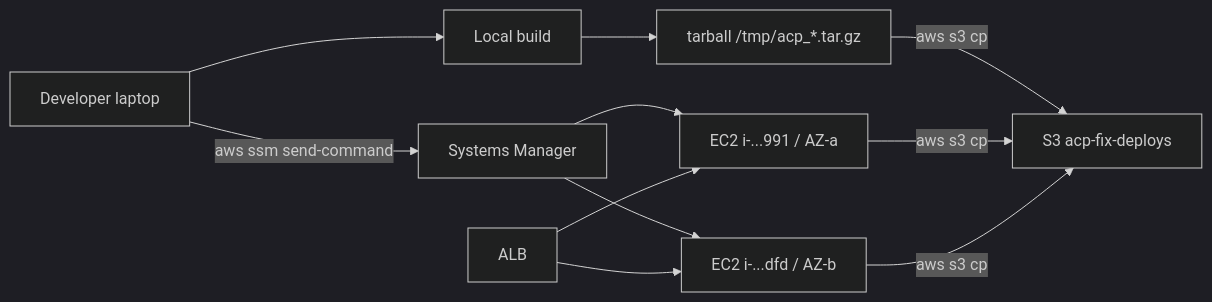
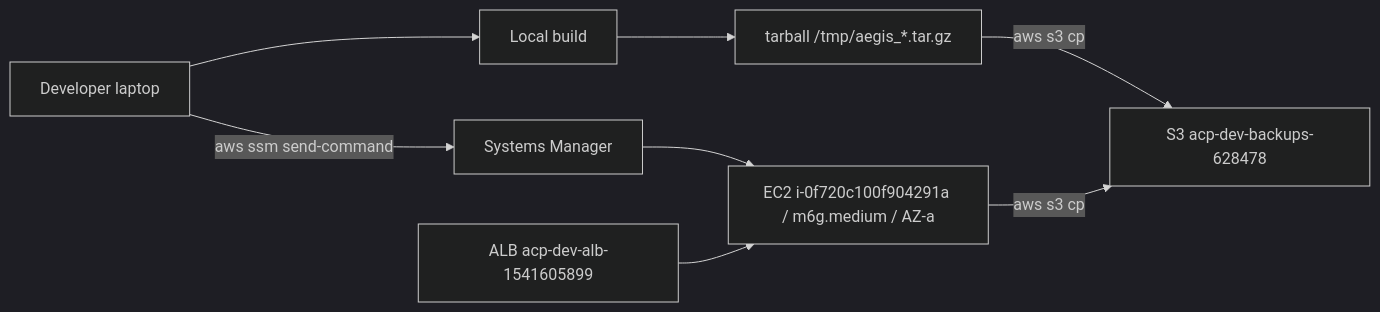
One commit to Abhi-mishra998/aegis changed the diagram in docs/operations/deployment.md. Above: the diagram before and after it, drawn with Mermaid (dark theme). The commit also changed other lines of this file and 44 other files, not shown here.

````diff
--- a/docs/operations/deployment.md
+++ b/docs/operations/deployment.md
@@ -17,21 +19,17 @@
 ```mermaid
 flowchart LR
     Dev[Developer laptop]
     Build[Local build]
-    Tar[tarball /tmp/acp_*.tar.gz]
-    S3D[S3 acp-fix-deploys]
+    Tar[tarball /tmp/aegis_*.tar.gz]
+    S3D[S3 acp-dev-backups-628478]
     SSM[Systems Manager]
-    EC2A[EC2 i-...991 / AZ-a]
-    EC2B[EC2 i-...dfd / AZ-b]
-    ALB[ALB]
+    EC2[EC2 i-0f720c100f904291a / m6g.medium / AZ-a]
+    ALB[ALB acp-dev-alb-1541605899]
     Dev --> Build
     Build --> Tar
     Tar -->|aws s3 cp| S3D
     Dev -->|aws ssm send-command| SSM
-    SSM --> EC2A
-    SSM --> EC2B
-    EC2A -->|aws s3 cp| S3D
-    EC2B -->|aws s3 cp| S3D
-    ALB --> EC2A
-    ALB --> EC2B
+    SSM --> EC2
+    EC2 -->|aws s3 cp| S3D
+    ALB --> EC2
 ```
````
